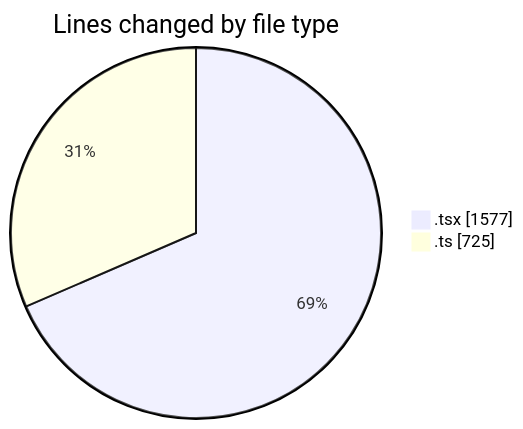
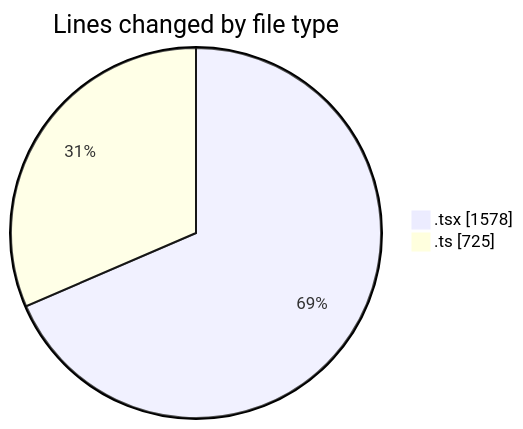
One commit to nxtqubesakshisongat/code-tracking changed the first of 2 diagrams in 2026-02-18/nxtqube_webapp/README.md. Above: the diagram before and after it, drawn with Mermaid. The commit also changed other lines of this file and 1 other file, not shown here.

````diff
--- a/2026-02-18/nxtqube_webapp/README.md
+++ b/2026-02-18/nxtqube_webapp/README.md
@@ -25,6 +25,6 @@
 ```mermaid
 pie showData
 title Lines changed by file type
-".tsx" : 1577
+".tsx" : 1578
 ".ts" : 725
 ```
````
